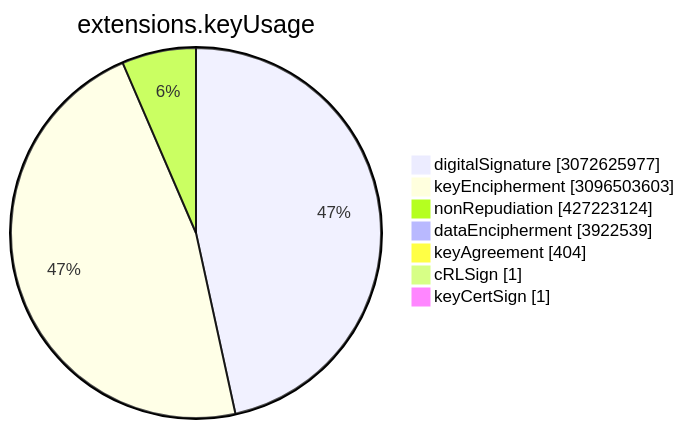
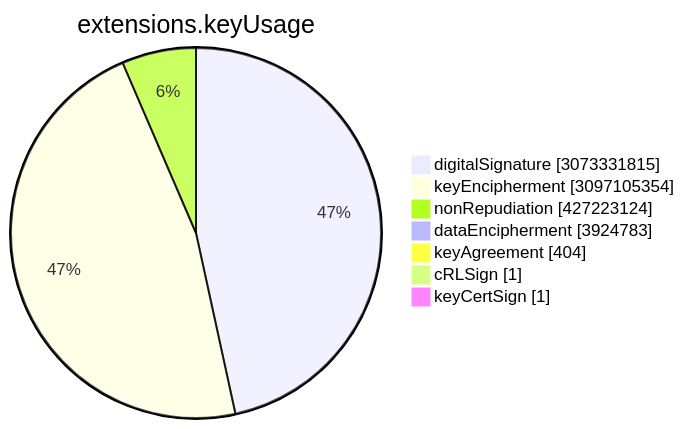
Before and after one commit to christiankrug/ctmonitor_visualization: the sixth of 15 diagrams in TOTAL/README.md, drawn with Mermaid. The commit also changed other lines of this file, not shown here.

````diff
--- a/TOTAL/README.md
+++ b/TOTAL/README.md
@@ -3077,11 +3077,11 @@
 ```mermaid
 pie showData
 title extensions.keyUsage
-"digitalSignature" :3072625977
-"keyEncipherment" :3096503603
+"digitalSignature" :3073331815
+"keyEncipherment" :3097105354
 "nonRepudiation" :427223124
-"dataEncipherment" :3922539
+"dataEncipherment" :3924783
 "keyAgreement" :404
 "cRLSign" :1
 "keyCertSign" :1
 ```
````
